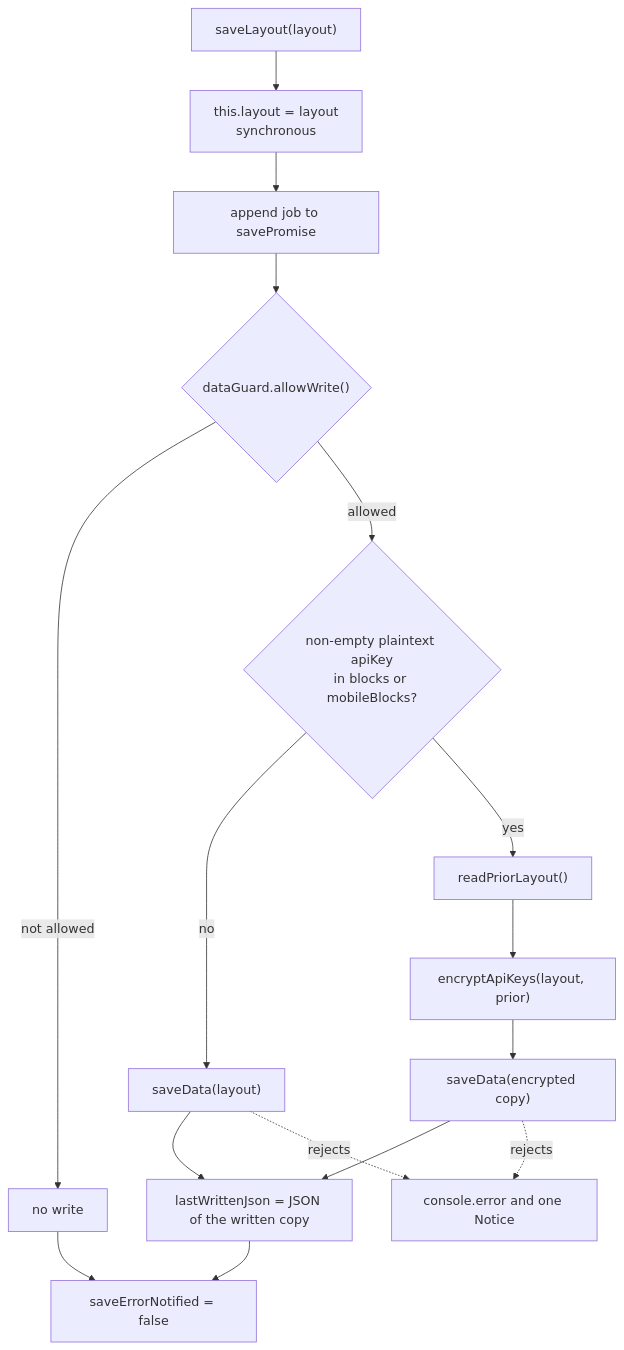
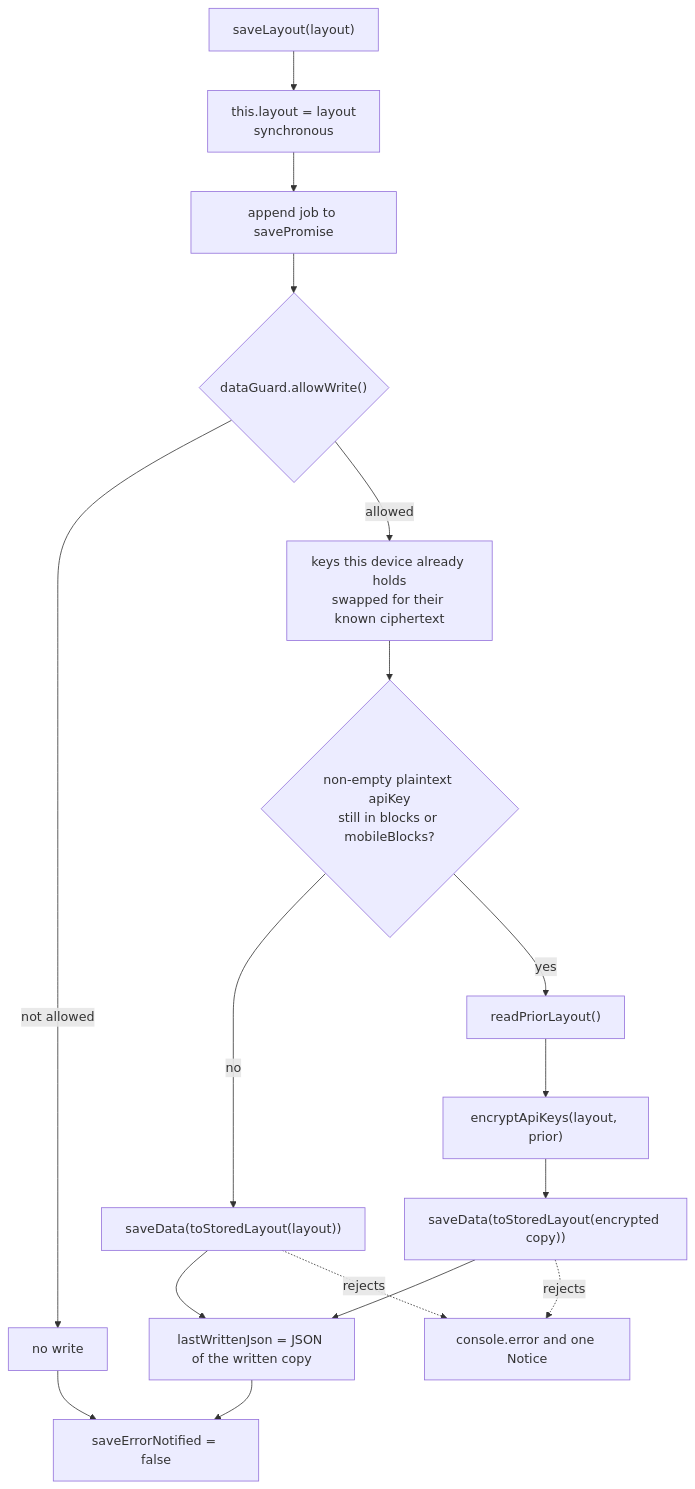
The second of 3 diagrams in docs/api/plugin.md (acaprino/obsidian-plugin-homepage), drawn with Mermaid before and after one commit. The commit also changed other lines of this file and 11 other files, not shown here.

````diff
--- a/docs/api/plugin.md
+++ b/docs/api/plugin.md
@@ -113,18 +125,19 @@
 ```mermaid
 flowchart TD
   A["saveLayout(layout)"] --> B["this.layout = layout<br/>synchronous"]
   B --> C["append job to savePromise"]
   C --> D{"dataGuard.allowWrite()"}
   D -- "not allowed" --> S["no write"]
-  D -- "allowed" --> E{"non-empty plaintext apiKey<br/>in blocks or mobileBlocks?"}
-  E -- "no" --> F["saveData(layout)"]
+  D -- "allowed" --> M["keys this device already holds<br/>swapped for their known ciphertext"]
+  M --> E{"non-empty plaintext apiKey<br/>still in blocks or mobileBlocks?"}
+  E -- "no" --> F["saveData(toStoredLayout(layout))"]
   E -- "yes" --> G["readPriorLayout()"]
   G --> H["encryptApiKeys(layout, prior)"]
-  H --> F2["saveData(encrypted copy)"]
+  H --> F2["saveData(toStoredLayout(encrypted copy))"]
   F --> LW["lastWrittenJson = JSON of the written copy"]
   F2 --> LW
   LW --> OK["saveErrorNotified = false"]
   S --> OK
   F -.->|rejects| ERR["console.error and one Notice"]
   F2 -.->|rejects| ERR
 ```
````
